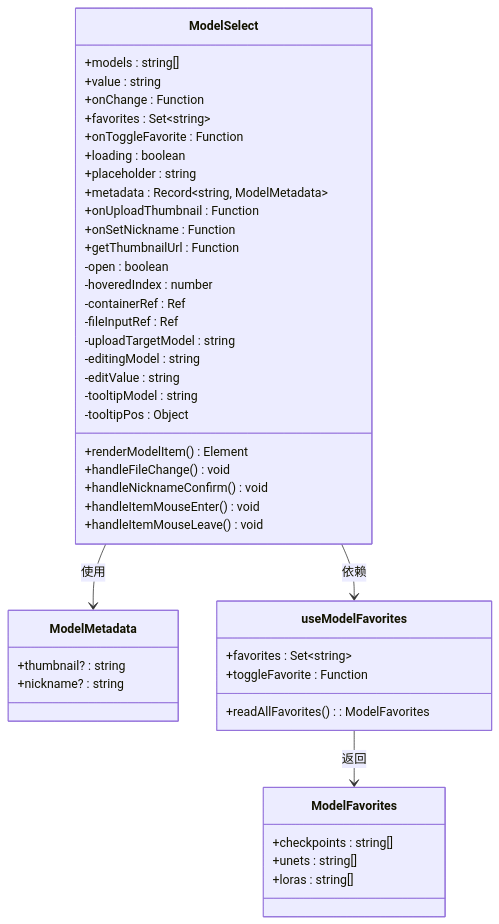
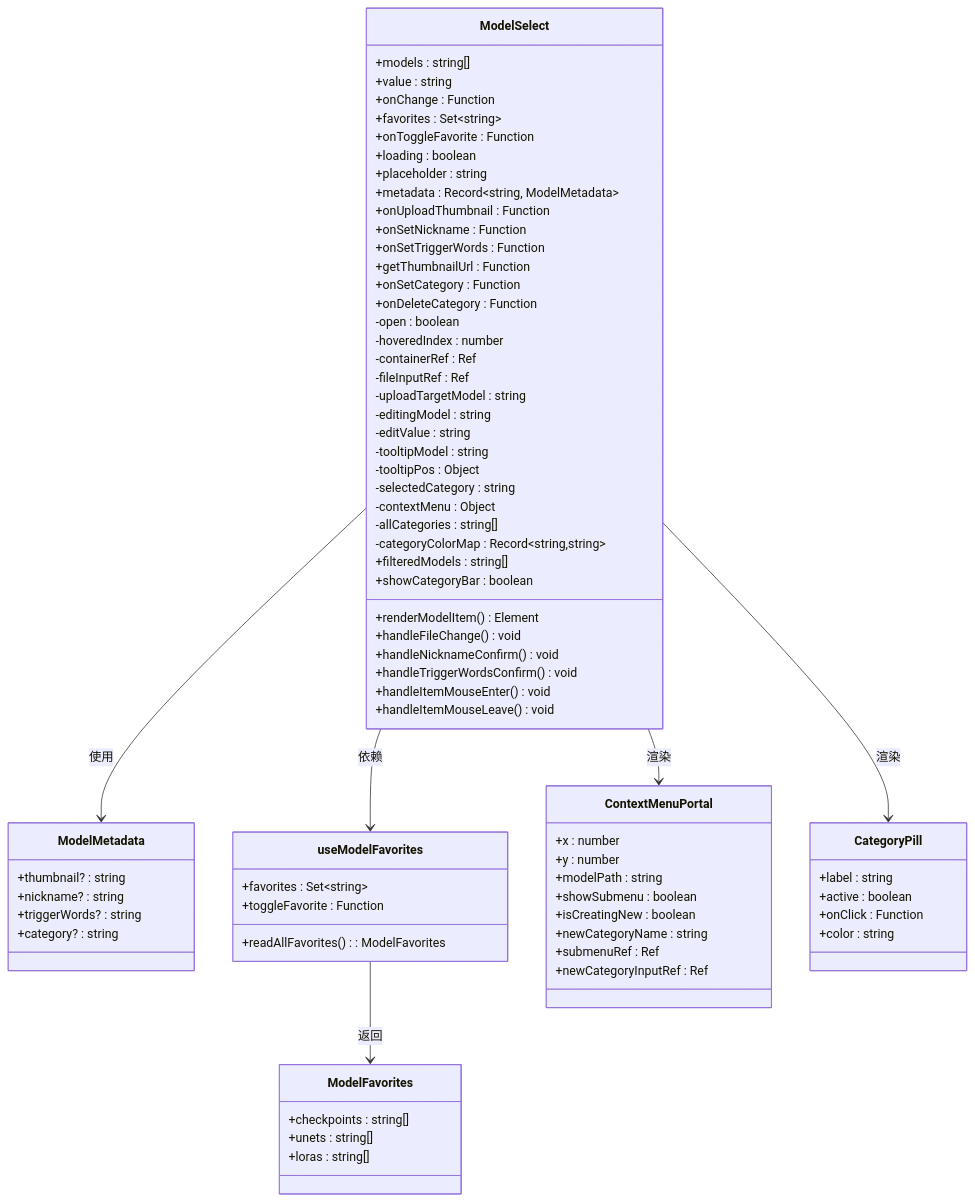
One commit to billye220670/CorineKit_Pix2Real changed the third of 5 diagrams in .qoder/repowiki/zh/content/Model Select Component.md. Above: the diagram before and after it, drawn with Mermaid. The commit also changed other lines of this file and 11 other files, not shown here.

````diff
--- a/.qoder/repowiki/zh/content/Model Select Component.md
+++ b/.qoder/repowiki/zh/content/Model Select Component.md
@@ -131,47 +153,77 @@
 ```mermaid
 classDiagram
 class ModelSelect {
 +models : string[]
 +value : string
 +onChange : Function
 +favorites : Set~string~
 +onToggleFavorite : Function
 +loading : boolean
 +placeholder : string
 +metadata : Record~string, ModelMetadata~
 +onUploadThumbnail : Function
 +onSetNickname : Function
++onSetTriggerWords : Function
 +getThumbnailUrl : Function
++onSetCategory : Function
++onDeleteCategory : Function
 -open : boolean
 -hoveredIndex : number
 -containerRef : Ref
 -fileInputRef : Ref
 -uploadTargetModel : string
 -editingModel : string
 -editValue : string
 -tooltipModel : string
 -tooltipPos : Object
+-selectedCategory : string
+-contextMenu : Object
+-allCategories : string[]
+-categoryColorMap : Record~string,string~
 +renderModelItem() Element
 +handleFileChange() void
 +handleNicknameConfirm() void
++handleTriggerWordsConfirm() void
 +handleItemMouseEnter() void
 +handleItemMouseLeave() void
++filteredModels : string[]
++showCategoryBar : boolean
 }
 class ModelMetadata {
 +thumbnail? : string
 +nickname? : string
++triggerWords? : string
++category? : string
 }
 class useModelFavorites {
 +favorites : Set~string~
 +toggleFavorite : Function
 +readAllFavorites() : ModelFavorites
 }
 class ModelFavorites {
 +checkpoints : string[]
 +unets : string[]
 +loras : string[]
 }
+class ContextMenuPortal {
++x : number
++y : number
++modelPath : string
++showSubmenu : boolean
++isCreatingNew : boolean
++newCategoryName : string
++submenuRef : Ref
++newCategoryInputRef : Ref
+}
+class CategoryPill {
++label : string
++active : boolean
++onClick : Function
++color : string
+}
 ModelSelect --> ModelMetadata : 使用
 ModelSelect --> useModelFavorites : 依赖
+ModelSelect --> ContextMenuPortal : 渲染
+ModelSelect --> CategoryPill : 渲染
 useModelFavorites --> ModelFavorites : 返回
 ```
````
